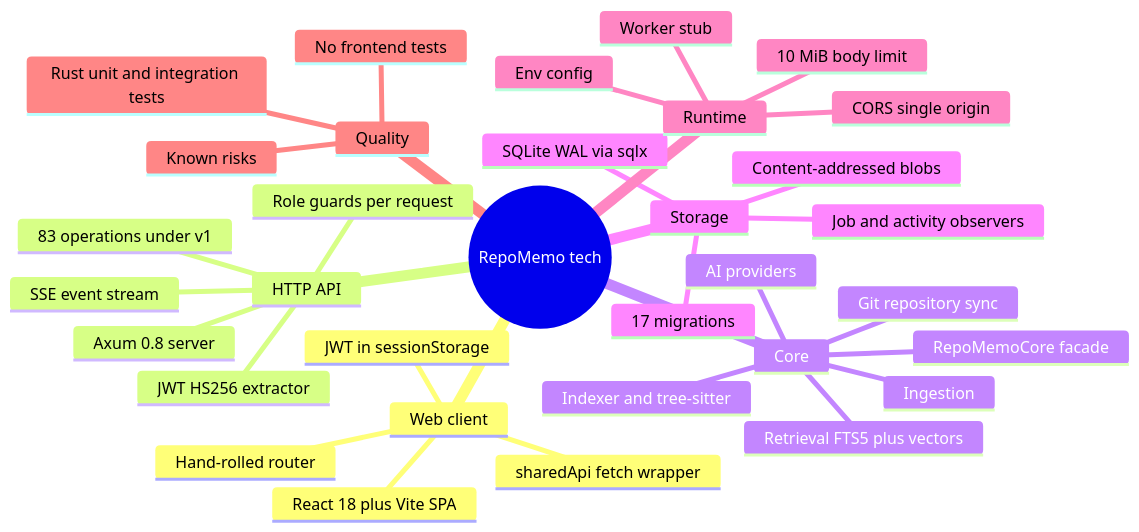
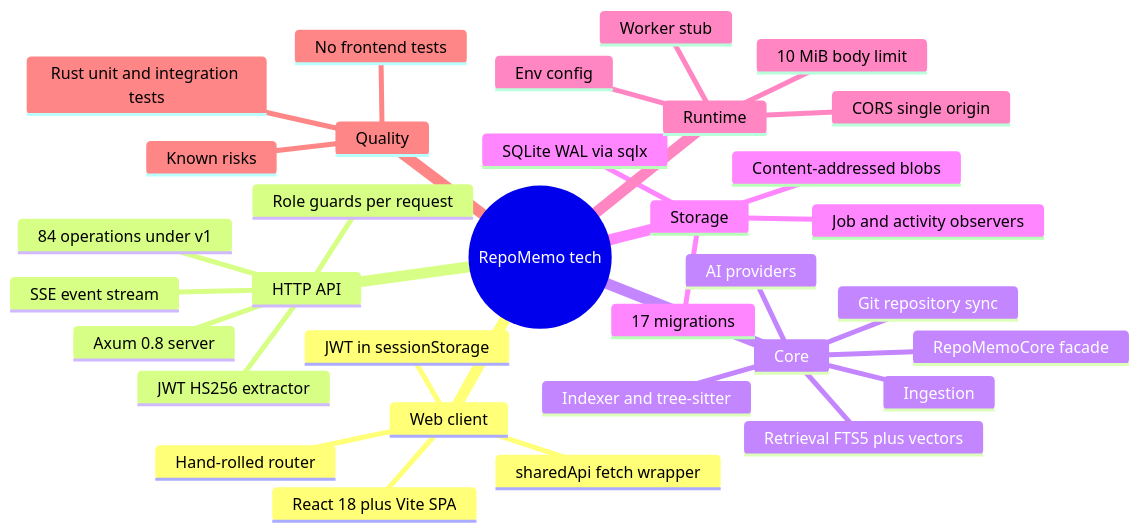
The first of 6 diagrams in mindmap/TECHNICAL_MINDMAP.md (winksen/RepoMemo), drawn with Mermaid before and after one commit. The commit also changed other lines of this file and 15 other files, not shown here.

````diff
--- a/mindmap/TECHNICAL_MINDMAP.md
+++ b/mindmap/TECHNICAL_MINDMAP.md
@@ -11,36 +11,36 @@
 ```mermaid
 mindmap
   root((RepoMemo tech))
     Web client
       React 18 plus Vite SPA
       Hand-rolled router
       sharedApi fetch wrapper
       JWT in sessionStorage
     HTTP API
       Axum 0.8 server
-      83 operations under v1
+      84 operations under v1
       JWT HS256 extractor
       Role guards per request
       SSE event stream
     Core
       RepoMemoCore facade
       Ingestion
       Indexer and tree-sitter
       Retrieval FTS5 plus vectors
       Git repository sync
       AI providers
     Storage
       SQLite WAL via sqlx
       17 migrations
       Content-addressed blobs
       Job and activity observers
     Runtime
       Env config
       CORS single origin
       10 MiB body limit
       Worker stub
     Quality
       Rust unit and integration tests
       No frontend tests
       Known risks
 ```
````
